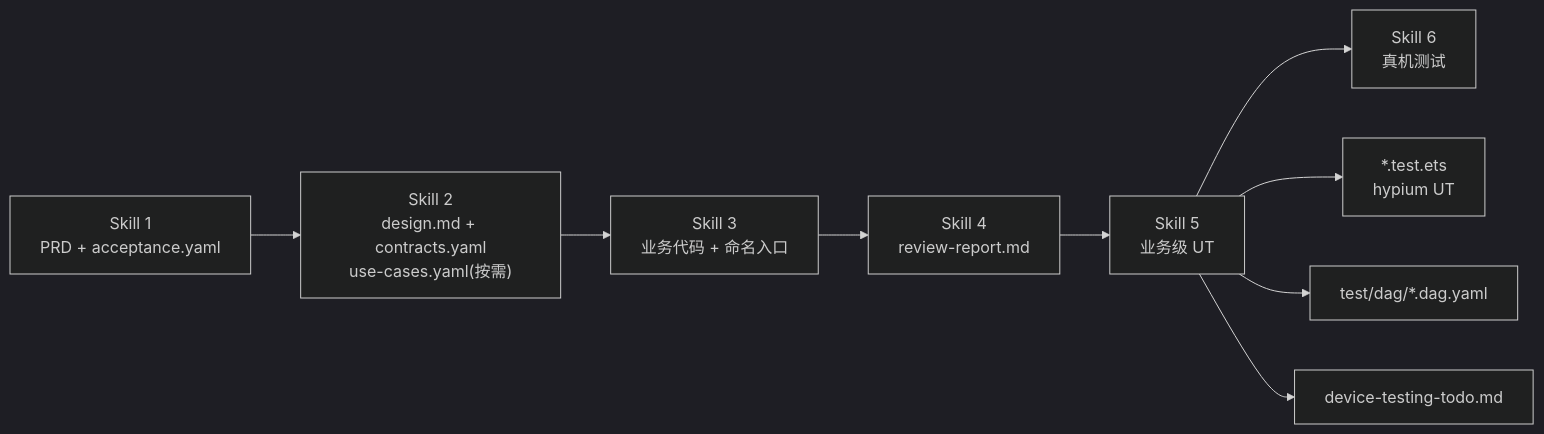
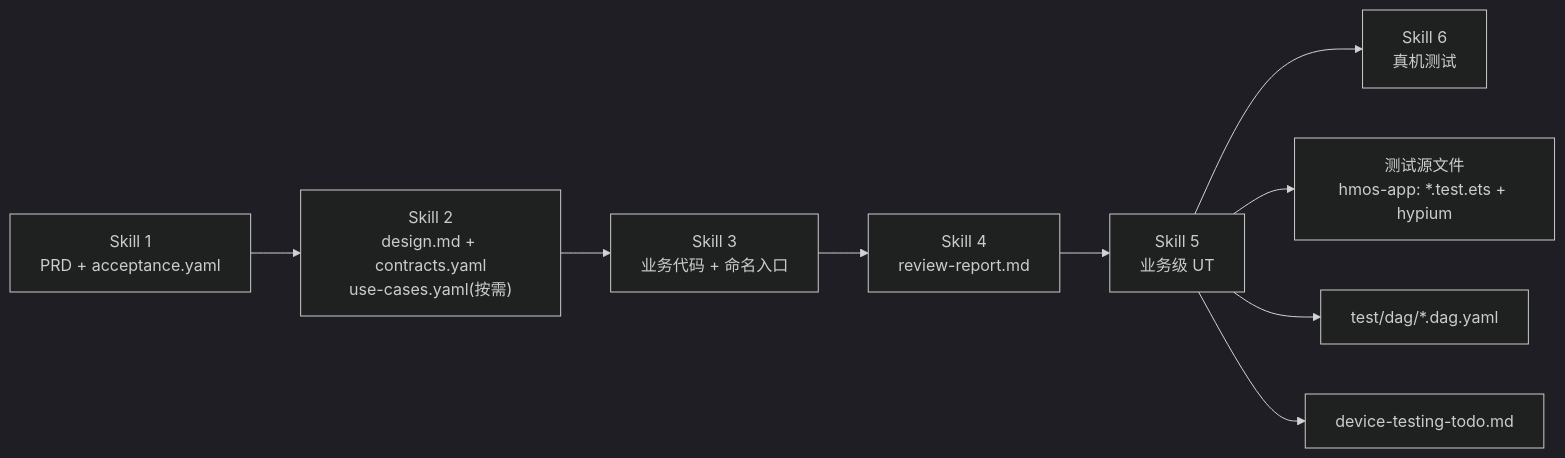
One commit to sqsqsq/SimulatedWalletForHmos changed the first of 4 diagrams in framework/docs/skills/5-business-ut.md. Above: the diagram before and after it, drawn with Mermaid (dark theme). The commit also changed other lines of this file and 16 other files, not shown here.

First line of the commit message:
docs(framework): 顶层文档与 schema 中性化；hvigor 细节下沉 hmos-app 专文

````diff
--- a/framework/docs/skills/5-business-ut.md
+++ b/framework/docs/skills/5-business-ut.md
@@ -103,15 +105,15 @@
 ```mermaid
 flowchart LR
   S1["Skill 1<br/>PRD + acceptance.yaml"]
   S2["Skill 2<br/>design.md + contracts.yaml<br/>use-cases.yaml(按需)"]
   S3["Skill 3<br/>业务代码 + 命名入口"]
   S4["Skill 4<br/>review-report.md"]
   S5["Skill 5<br/>业务级 UT"]
   S6["Skill 6<br/>真机测试"]
 
   S1 --> S2 --> S3 --> S4 --> S5 --> S6
 
-  S5 --> UT["*.test.ets<br/>hypium UT"]
+  S5 --> UT["测试源文件<br/>hmos-app: *.test.ets + hypium"]
   S5 --> DAG["test/dag/*.dag.yaml"]
   S5 --> TODO["device-testing-todo.md"]
 ```
````
